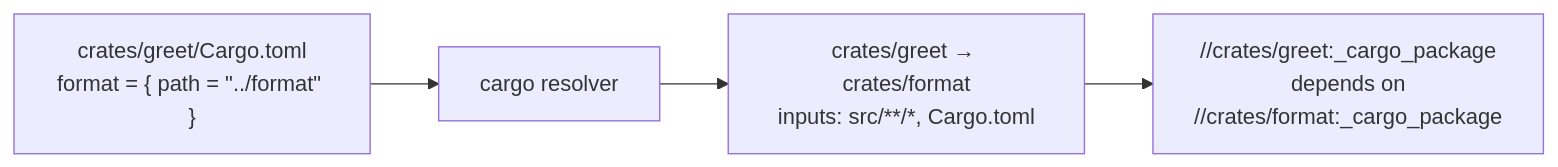
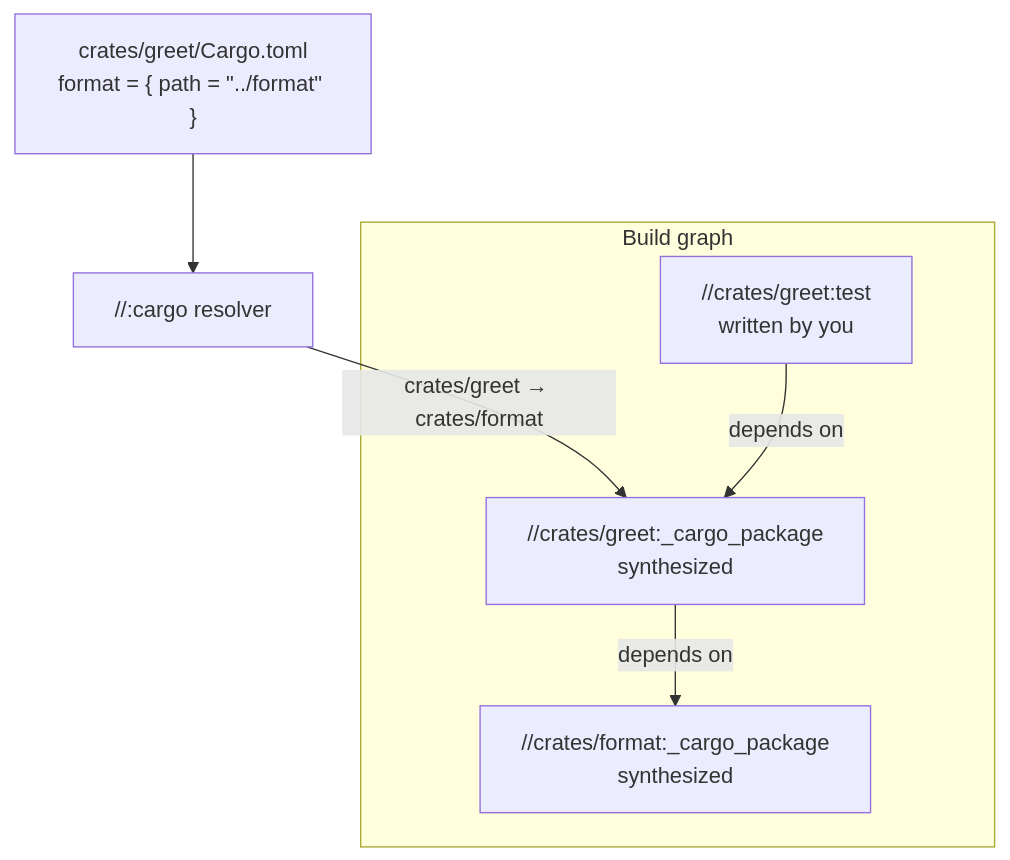
One commit to chrismatix/grog changed the diagram in docs/src/content/docs/topics/dependency-inference.mdx. Above: the diagram before and after it, drawn with Mermaid. The commit also changed other lines of this file, not shown here.

Commit message:
docs: draw the wiring diagram top-down with a user target

````diff
--- a/docs/src/content/docs/topics/dependency-inference.mdx
+++ b/docs/src/content/docs/topics/dependency-inference.mdx
@@ -90,6 +90,9 @@
 ```mermaid
-flowchart LR
-  M["crates/greet/Cargo.toml<br/>format = { path = &quot;../format&quot; }"] --> P["cargo resolver"]
-  P --> E["crates/greet → crates/format<br/>inputs: src/**/*, Cargo.toml"]
-  E --> G["//crates/greet:_cargo_package<br/>depends on<br/>//crates/format:_cargo_package"]
+flowchart TD
+  M["crates/greet/Cargo.toml<br/>format = { path = &quot;../format&quot; }"] --> R["//:cargo resolver"]
+  R -->|"crates/greet → crates/format"| G
+  subgraph buildGraph["Build graph"]
+    T["//crates/greet:test<br/>written by you"] -->|depends on| G["//crates/greet:_cargo_package<br/>synthesized"]
+    G -->|depends on| F["//crates/format:_cargo_package<br/>synthesized"]
+  end
 ```
````
